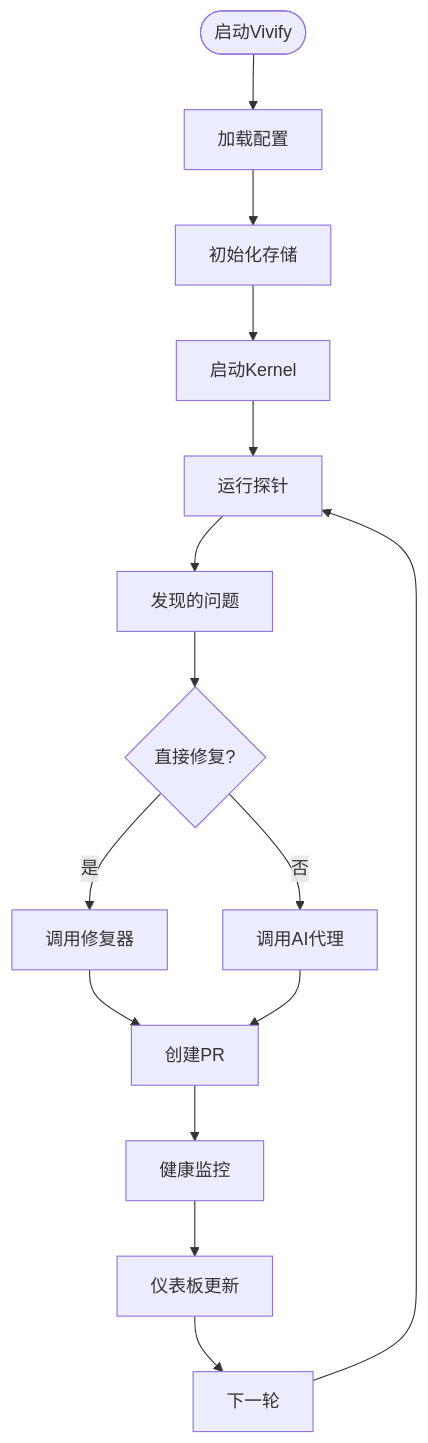
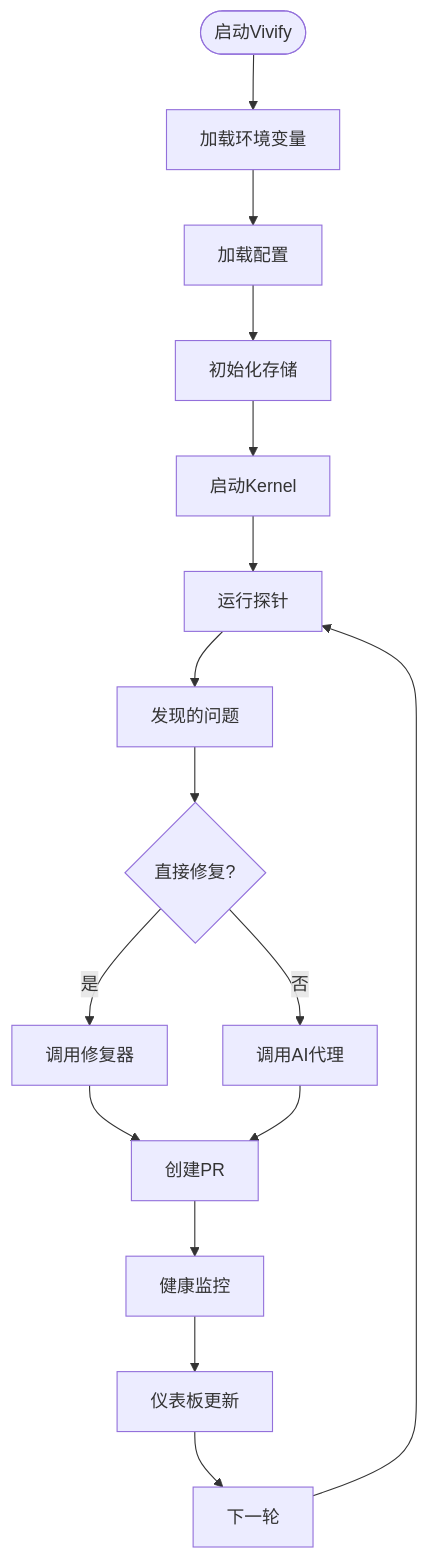
The second of 7 diagrams in .qoder/repowiki/zh/content/技术实现参考/技术实现参考.md (pinsonchen/vivify), drawn with Mermaid before and after one commit. The commit also changed other lines of this file and 2 other files, not shown here.

````diff
--- a/.qoder/repowiki/zh/content/技术实现参考/技术实现参考.md
+++ b/.qoder/repowiki/zh/content/技术实现参考/技术实现参考.md
@@ -109,17 +118,18 @@
 ```mermaid
 flowchart TD
-Start(["启动Vivify"]) --> Config["加载配置"]
+Start(["启动Vivify"]) --> Env["加载环境变量"]
+Env --> Config["加载配置"]
 Config --> Storage["初始化存储"]
 Storage --> Kernel["启动Kernel"]
 Kernel --> Probes["运行探针"]
 Probes --> Issues["发现的问题"]
 Issues --> DirectFix{"直接修复?"}
 DirectFix --> |是| Fixer["调用修复器"]
 DirectFix --> |否| Agent["调用AI代理"]
 Fixer --> PR["创建PR"]
 Agent --> PR
 PR --> Monitor["健康监控"]
 Monitor --> Dashboard["仪表板更新"]
 Dashboard --> Next["下一轮"]
 Next --> Probes
 ```
````
